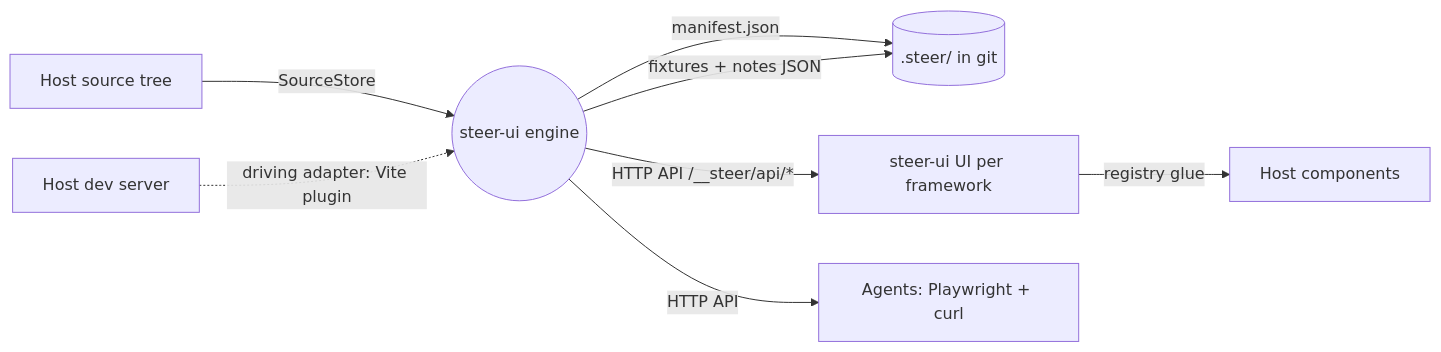
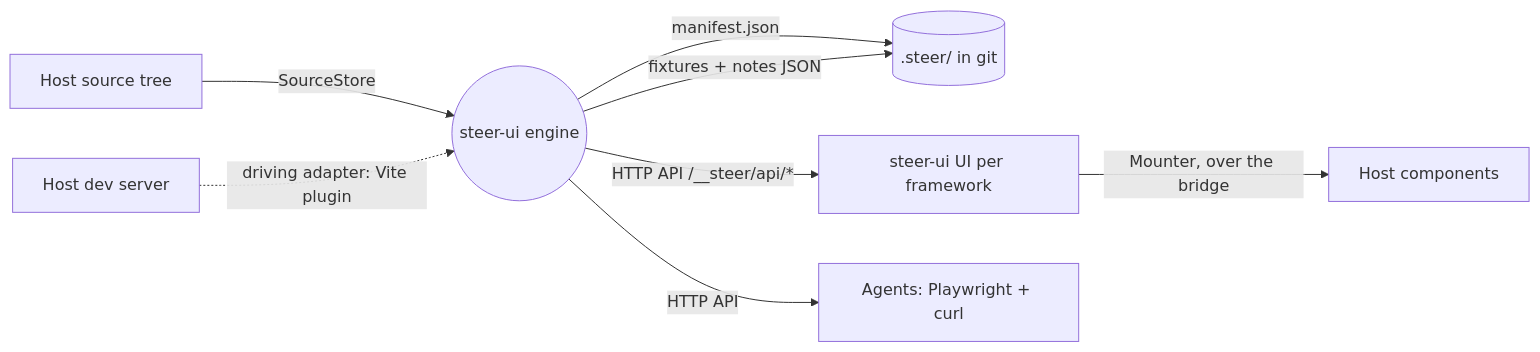
One commit to andresCamp/steer-ui changed the diagram in SPEC.md. Above: the diagram before and after it, drawn with Mermaid. The commit also changed other lines of this file and 37 other files, not shown here.

````diff
--- a/SPEC.md
+++ b/SPEC.md
@@ -70,10 +70,10 @@
 ```mermaid
 graph LR
   SRC[Host source tree] -->|SourceStore| E((steer-ui engine))
   E -->|manifest.json| B[(.steer/ in git)]
   E -->|fixtures + notes JSON| B
   E -->|HTTP API /__steer/api/*| UI[steer-ui UI per framework]
   E -->|HTTP API| A[Agents: Playwright + curl]
   H[Host dev server] -.->|driving adapter: Vite plugin| E
-  UI -->|registry glue| APP[Host components]
+  UI -->|Mounter, over the bridge| APP[Host components]
 ```
````
